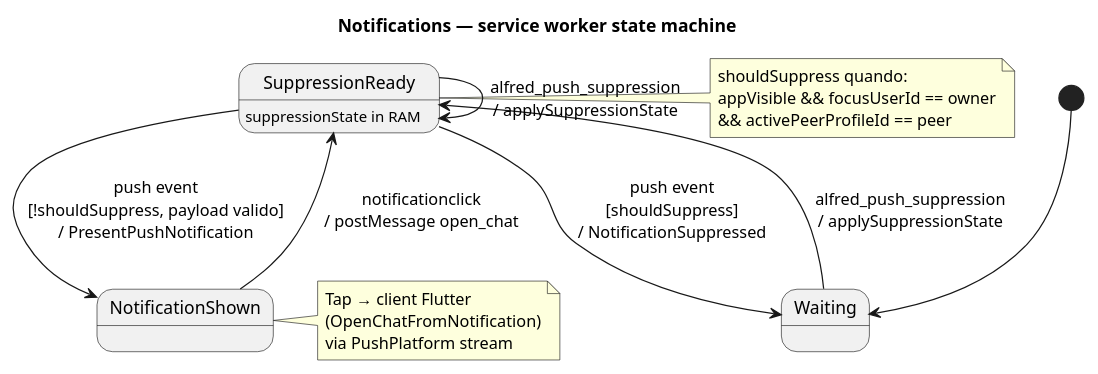
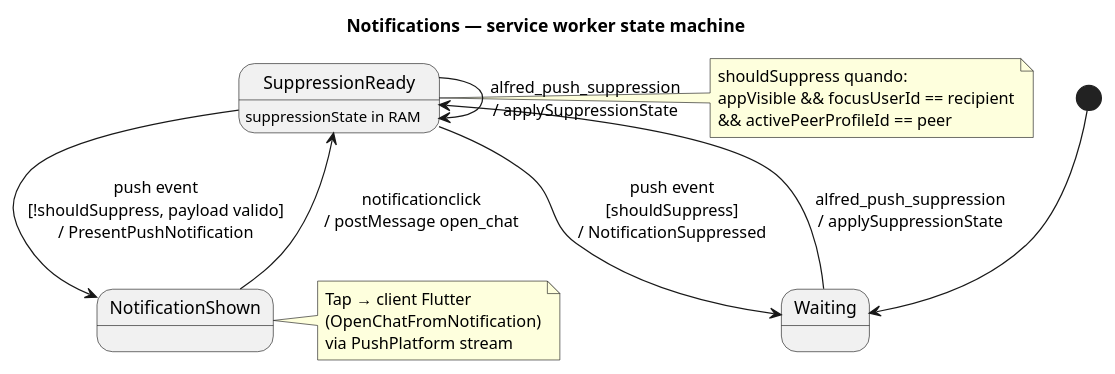
Before and after one commit to alfred-im/alfred-im: the diagram in docs/model/uml/notifications/notifications-sw-state.puml, drawn with PlantUML. The commit also changed 200 other files, not shown here.

```diff
--- a/docs/model/uml/notifications/notifications-sw-state.puml
+++ b/docs/model/uml/notifications/notifications-sw-state.puml
@@ -1,37 +1,37 @@
 @startuml notifications-sw-state
 ' Context: notifications (service worker)
 ' Contract: docs/specs/contracts/push-payload.md
 ' SDD: SURF-NOTIFICATIONS-005–008
 ' Revision: 2026-07-27
 
 title Notifications — service worker state machine
 
 state Waiting
 state SuppressionReady : suppressionState in RAM
 state NotificationShown
 
 [*] --> Waiting
 
 Waiting --> SuppressionReady : alfred_push_suppression\n/ applySuppressionState
 
 SuppressionReady --> SuppressionReady : alfred_push_suppression\n/ applySuppressionState
 
 SuppressionReady --> Waiting : push event\n[shouldSuppress]\n/ NotificationSuppressed
 
 SuppressionReady --> NotificationShown : push event\n[!shouldSuppress, payload valido]\n/ PresentPushNotification
 
 NotificationShown --> SuppressionReady : notificationclick\n/ postMessage open_chat
 
 note right of SuppressionReady
   shouldSuppress quando:
-  appVisible && focusUserId == owner
+  appVisible && focusUserId == recipient
   && activePeerProfileId == peer
 end note
 
 note right of NotificationShown
   Tap → client Flutter
   (OpenChatFromNotification)
   via PushPlatform stream
 end note
 
 @enduml
```
